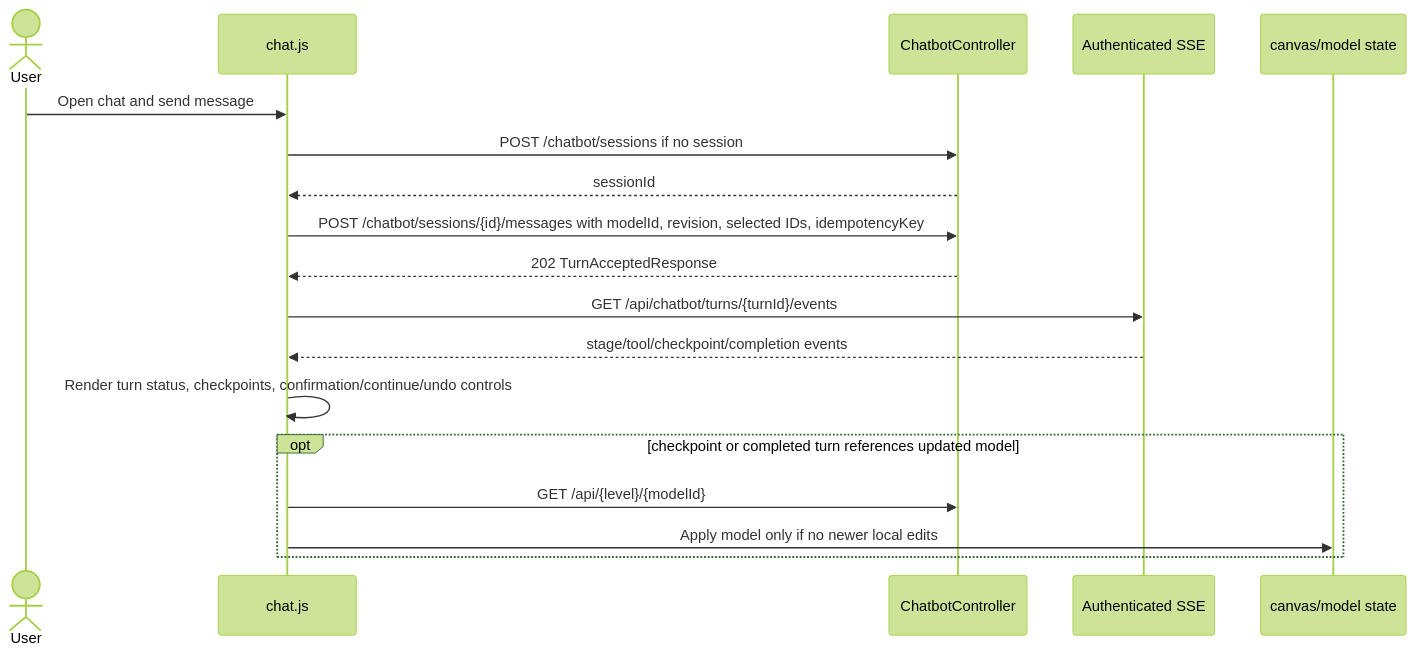
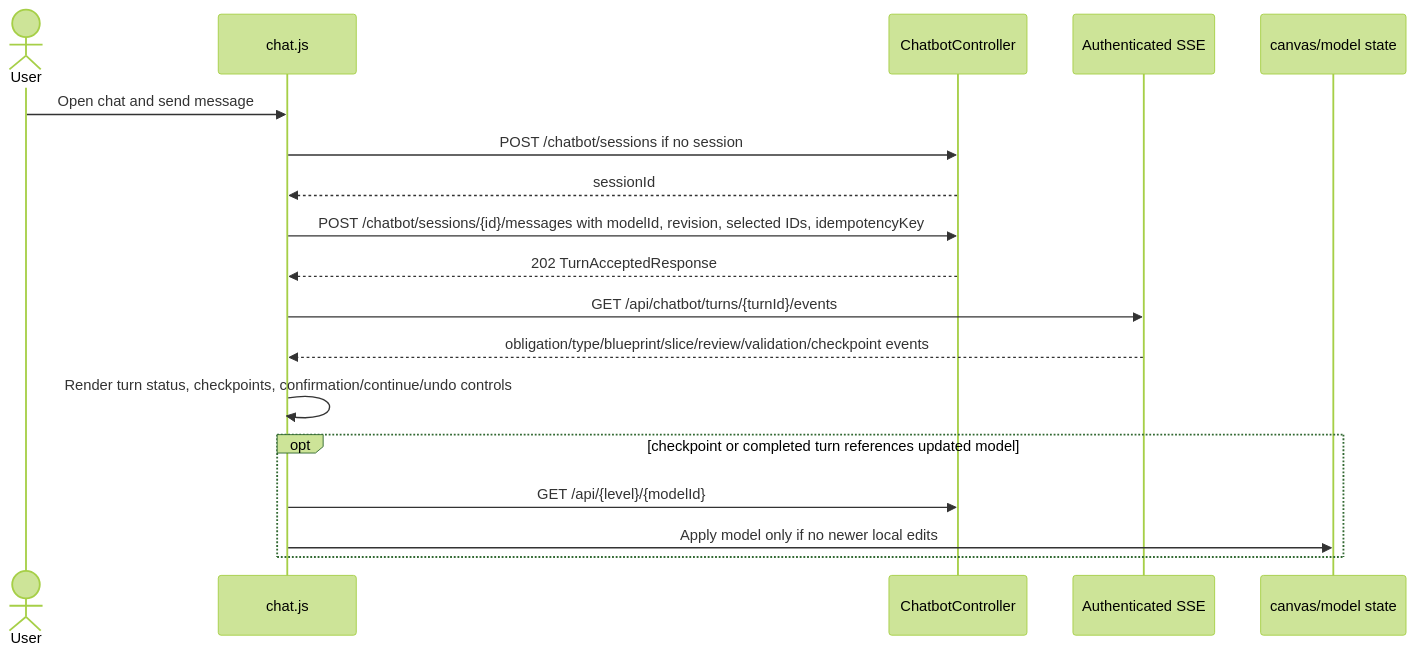
Before and after one commit to mehdieidi/modriss: the fourth of 5 diagrams in docs/diagrams/21-frontend-architecture-and-flows.md, drawn with Mermaid (forest theme). The commit also changed 52 other files, not shown here.

First line of the commit message:
test(ai): add tests for agent action schema and turn loop behavior and update docs

````diff
--- a/docs/diagrams/21-frontend-architecture-and-flows.md
+++ b/docs/diagrams/21-frontend-architecture-and-flows.md
@@ -108,21 +108,21 @@
 ```mermaid
 sequenceDiagram
     actor User
     participant UI as chat.js
     participant API as ChatbotController
     participant SSE as Authenticated SSE
     participant Canvas as canvas/model state
 
     User->>UI: Open chat and send message
     UI->>API: POST /chatbot/sessions if no session
     API-->>UI: sessionId
     UI->>API: POST /chatbot/sessions/{id}/messages with modelId, revision, selected IDs, idempotencyKey
     API-->>UI: 202 TurnAcceptedResponse
     UI->>SSE: GET /api/chatbot/turns/{turnId}/events
-    SSE-->>UI: stage/tool/checkpoint/completion events
+    SSE-->>UI: obligation/type/blueprint/slice/review/validation/checkpoint events
     UI->>UI: Render turn status, checkpoints, confirmation/continue/undo controls
     opt checkpoint or completed turn references updated model
         UI->>API: GET /api/{level}/{modelId}
         UI->>Canvas: Apply model only if no newer local edits
     end
 ```
````
